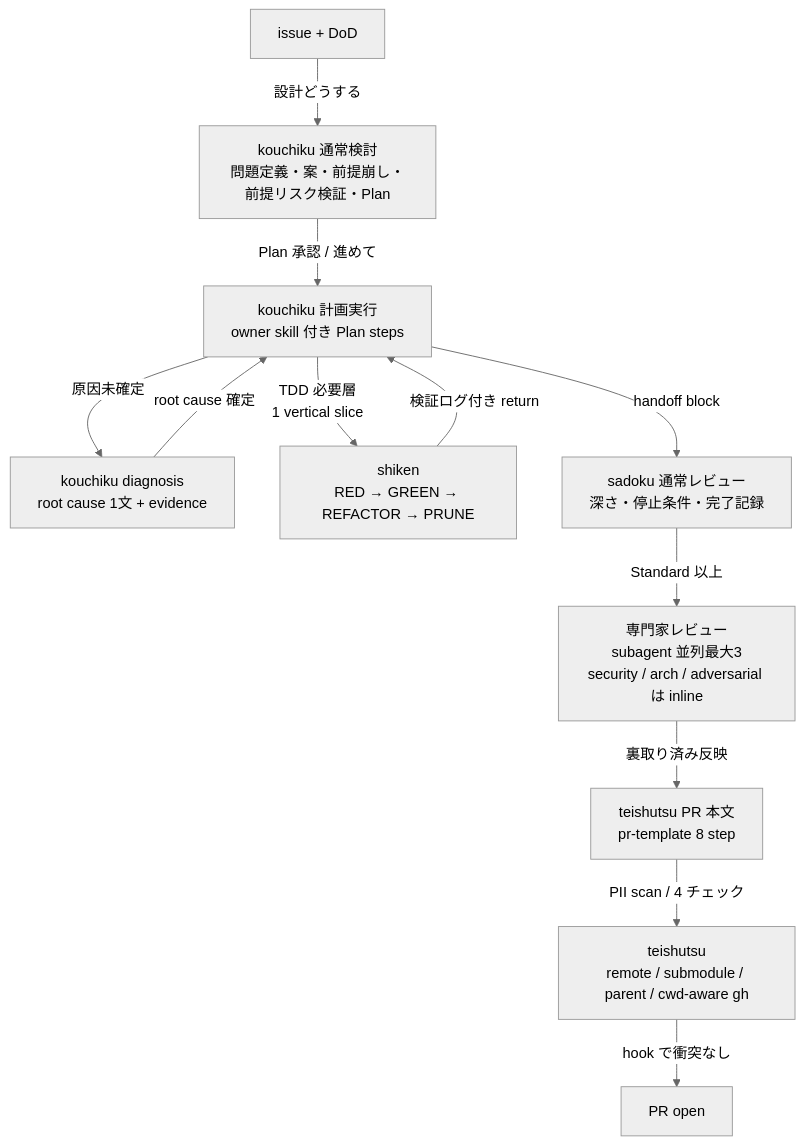
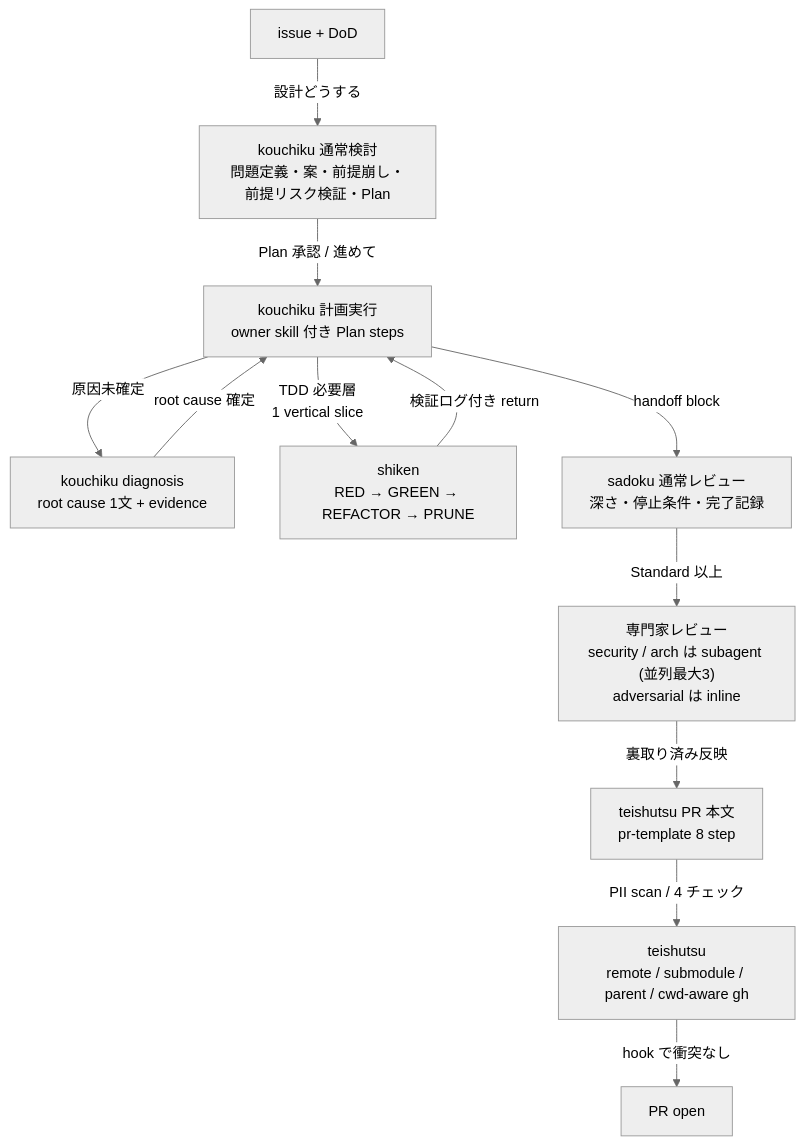
The second of 6 diagrams in docs/workflow.md (hayashiii-ghub/hikizan), drawn with Mermaid (neutral theme) before and after one commit. The commit also changed other lines of this file and 9 other files, not shown here.

````diff
--- a/docs/workflow.md
+++ b/docs/workflow.md
@@ -62,14 +62,14 @@
 ```mermaid
 flowchart TB
   A["issue + DoD"] -->|"設計どうする"| B["kouchiku 通常検討<br/>問題定義・案・前提崩し・前提リスク検証・Plan"]
   B -->|"Plan 承認 / 進めて"| C["kouchiku 計画実行<br/>owner skill 付き Plan steps"]
   C -->|"原因未確定"| I["kouchiku diagnosis<br/>root cause 1文 + evidence"]
   I -->|"root cause 確定"| C
   C -->|"TDD 必要層<br/>1 vertical slice"| D["shiken<br/>RED → GREEN → REFACTOR → PRUNE"]
   D -->|"検証ログ付き return"| C
   C -->|"handoff block"| E["sadoku 通常レビュー<br/>深さ・停止条件・完了記録"]
-  E -->|"Standard 以上"| F["専門家レビュー<br/>subagent 並列最大3<br/>security / arch / adversarial は inline"]
+  E -->|"Standard 以上"| F["専門家レビュー<br/>security / arch は subagent (並列最大3)<br/>adversarial は inline"]
   F -->|"裏取り済み反映"| G["teishutsu PR 本文<br/>pr-template 8 step"]
   G -->|"PII scan / 4 チェック"| H["teishutsu<br/>remote / submodule / parent / cwd-aware gh"]
   H -->|"hook で衝突なし"| J["PR open"]
 ```
````
